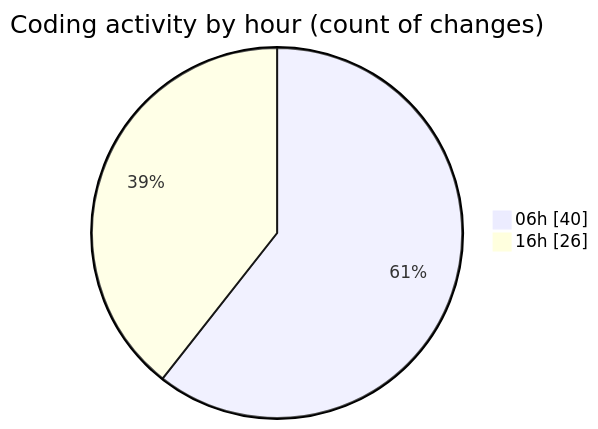
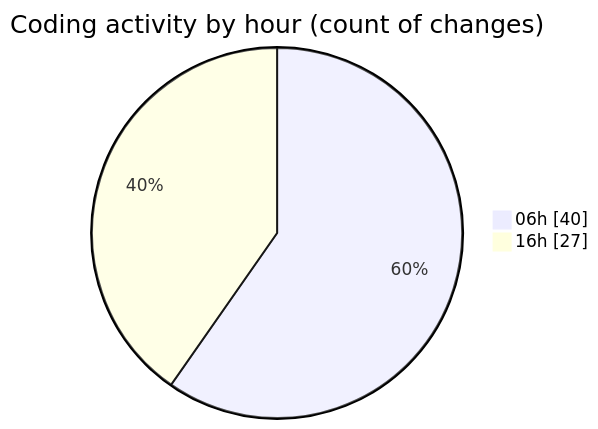
One commit to charlie-sans/code-tracking changed the second of 2 diagrams in 2025-02-25/micros/README.md. Above: the diagram before and after it, drawn with Mermaid. The commit also changed other lines of this file and 1 other file, not shown here.

````diff
--- a/2025-02-25/micros/README.md
+++ b/2025-02-25/micros/README.md
@@ -45,6 +46,6 @@
 ```mermaid
 pie showData
 title Coding activity by hour (count of changes)
 "06h" : 40
-"16h" : 26
+"16h" : 27
 ```
````
